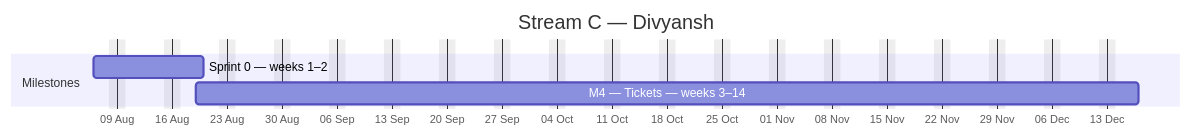
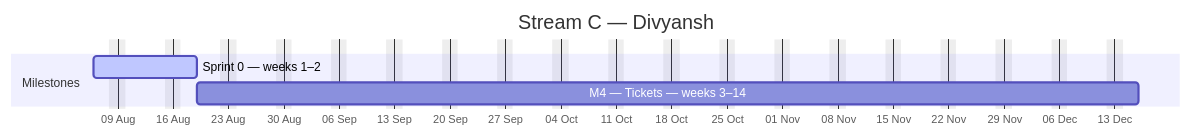
One commit to debashisedunext/EduTrack changed the third of 4 diagrams in docs/plan/GANTT.md. Above: the diagram before and after it, drawn with Mermaid. The commit also changed other lines of this file and 3 other files, not shown here.

````diff
--- a/docs/plan/GANTT.md
+++ b/docs/plan/GANTT.md
@@ -141,10 +142,10 @@
 ```mermaid
 gantt
     dateFormat YYYY-MM-DD
     axisFormat %d %b
     title Stream C — Divyansh
     excludes weekends
     section Milestones
-    Sprint 0 — weeks 1–2 :c0, 2026-08-06, 10d
-    M4 — Tickets — weeks 3–14 :c1, 2026-08-19, 86d
+    Sprint 0 — weeks 1–2 :active, c0, 2026-08-06, 9d
+    M4 — Tickets — weeks 3–14 :c1, 2026-08-19, 85d
 ```
````
